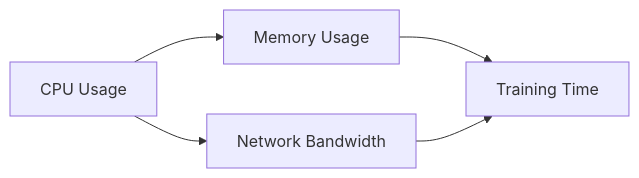
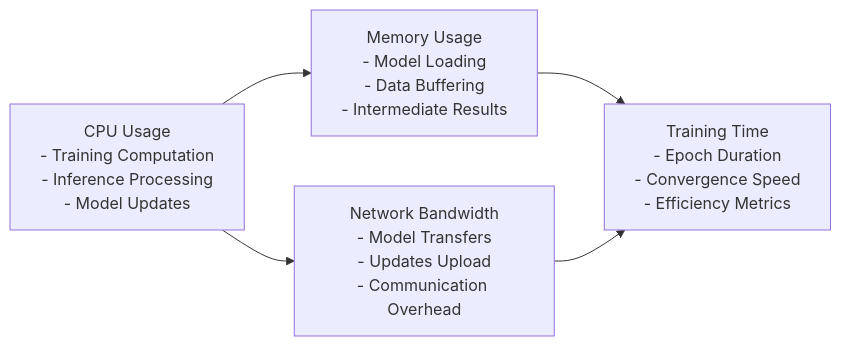
Diagram 16 of 17 in DIAGRAMS.md (prathameshatkare/Final_Cystic_fibrosis_project), drawn with Mermaid before and after one commit. The commit also changed other lines of this file, not shown here.

Commit message:
diagrams

````diff
--- a/DIAGRAMS.md
+++ b/DIAGRAMS.md
@@ -208,7 +262,7 @@
 ```mermaid
 graph LR
-    A[CPU Usage] --> B[Memory Usage]
-    A --> C[Network Bandwidth]
-    B --> D[Training Time]
+    A[CPU Usage<br/>- Training Computation<br/>- Inference Processing<br/>- Model Updates] --> B[Memory Usage<br/>- Model Loading<br/>- Data Buffering<br/>- Intermediate Results]
+    A --> C[Network Bandwidth<br/>- Model Transfers<br/>- Updates Upload<br/>- Communication Overhead]
+    B --> D[Training Time<br/>- Epoch Duration<br/>- Convergence Speed<br/>- Efficiency Metrics]
     C --> D
 ```
````
